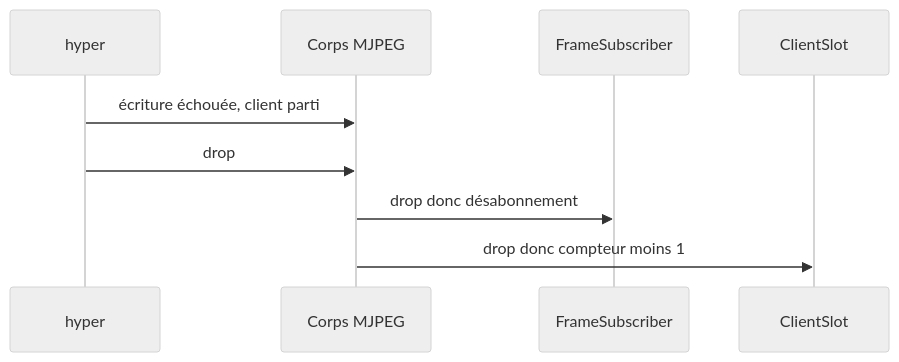
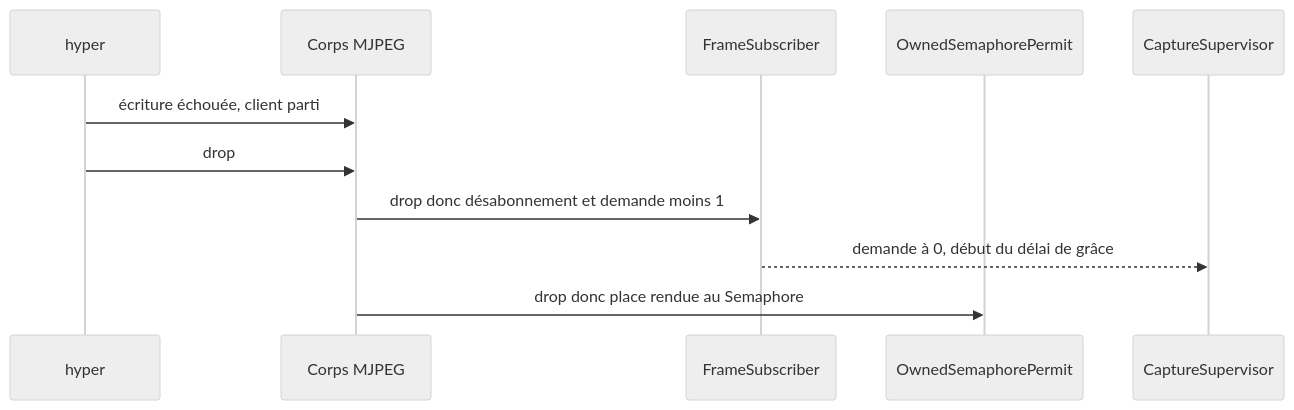
Before and after one commit to jprecigout/camstream: the seventh of 9 diagrams in docs/design-patterns.md, drawn with Mermaid (neutral theme). The commit also changed other lines of this file and 8 other files, not shown here.

First line of the commit message:
docs(architecture): intégrer les décisions v1 et ajouter les ADR 0006 et 0007

````diff
--- a/docs/design-patterns.md
+++ b/docs/design-patterns.md
@@ -255,11 +273,13 @@
 ```mermaid
 sequenceDiagram
     participant H as hyper
     participant B as Corps MJPEG
     participant Sub as FrameSubscriber
-    participant Slot as ClientSlot
+    participant Permit as OwnedSemaphorePermit
+    participant Sup as CaptureSupervisor
     H->>B: écriture échouée, client parti
     H->>B: drop
-    B->>Sub: drop donc désabonnement
-    B->>Slot: drop donc compteur moins 1
+    B->>Sub: drop donc désabonnement et demande moins 1
+    Sub-->>Sup: demande à 0, début du délai de grâce
+    B->>Permit: drop donc place rendue au Semaphore
 ```
````
